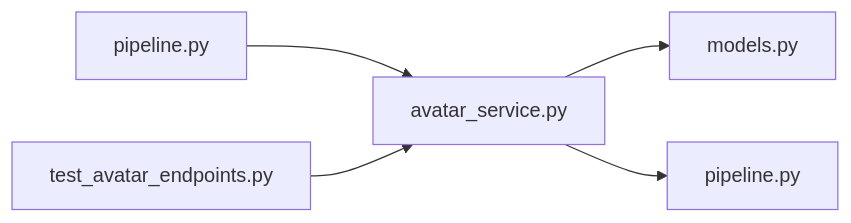
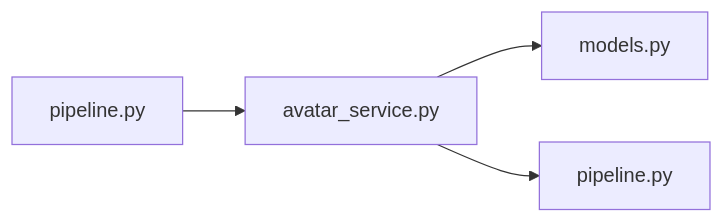
The diagram in .cluedoc/graph/backend/src/backend/services/roster/avatar_service.md (minkong-dev/Banblit), drawn with Mermaid before and after one commit. The commit also changed other lines of this file and 50 other files, not shown here.

````diff
--- a/.cluedoc/graph/backend/src/backend/services/roster/avatar_service.md
+++ b/.cluedoc/graph/backend/src/backend/services/roster/avatar_service.md
@@ -10,8 +10,7 @@
 ```mermaid
 flowchart LR
   backend_src_backend_services_roster_avatar_service["avatar_service.py"]
   backend_src_backend_services_roster_avatar_service --> backend_src_backend_db_models["models.py"]
   backend_src_backend_services_roster_avatar_service --> backend_src_backend_services_storage_pipeline["pipeline.py"]
   backend_src_backend_services_roster_pipeline["pipeline.py"] --> backend_src_backend_services_roster_avatar_service
-  backend_tests_integration_db_test_avatar_endpoints["test_avatar_endpoints.py"] --> backend_src_backend_services_roster_avatar_service
 ```
````
